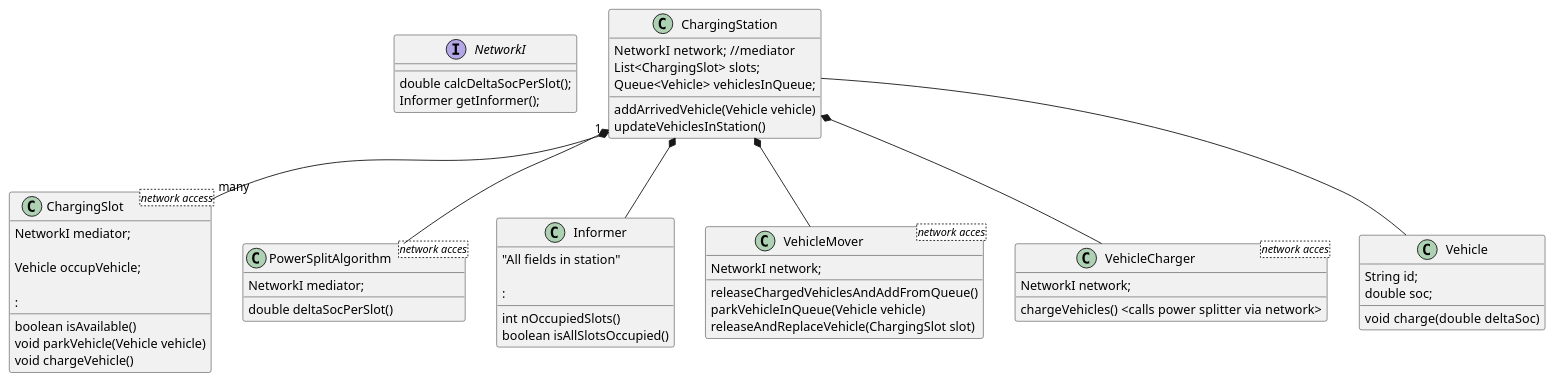
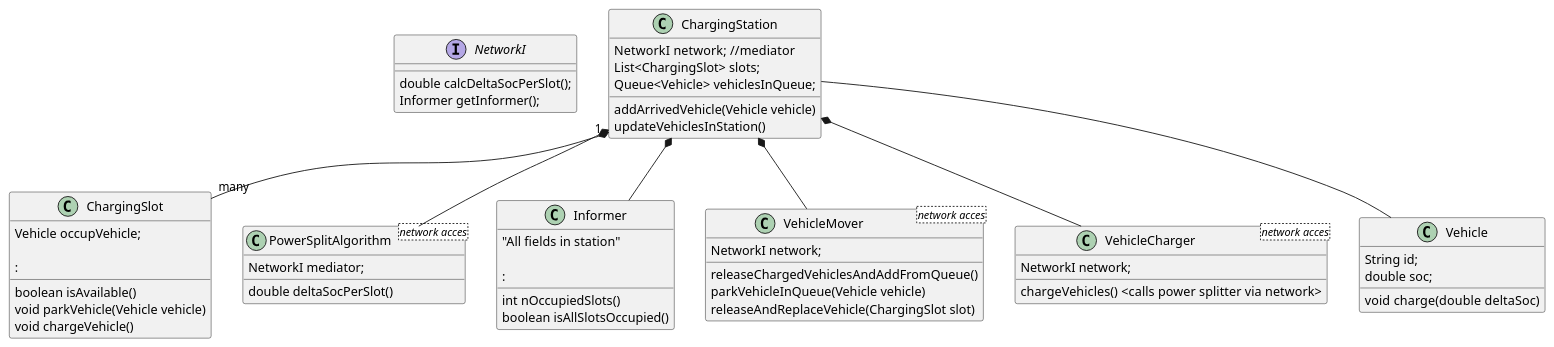
Before and after one commit to JonasHellgren/JavaBasics: the diagram in out/production/java-fundamentals/java_design_patterns/G_mediator/charging_station_network/charge.puml, drawn with PlantUML. The commit also changed 15 other files, not shown here.

```diff
--- a/out/production/java-fundamentals/java_design_patterns/G_mediator/charging_station_network/charge.puml
+++ b/out/production/java-fundamentals/java_design_patterns/G_mediator/charging_station_network/charge.puml
@@ -1,75 +1,74 @@
 @startuml
 
 
 interface NetworkI {
     double calcDeltaSocPerSlot();
     Informer getInformer();
 }
 
 class ChargingStation {
    NetworkI network;  //mediator
        List<ChargingSlot> slots;
        Queue<Vehicle> vehiclesInQueue;
 
      addArrivedVehicle(Vehicle vehicle)
      updateVehiclesInStation()
 }
 
- class ChargingSlot<network access> {
-    NetworkI mediator;
+ class ChargingSlot {
 
     Vehicle occupVehicle;
 
     boolean isAvailable()
     void parkVehicle(Vehicle vehicle)
     void chargeVehicle()
     :
 }
 
  class PowerSplitAlgorithm <network acces> {
     NetworkI mediator;
 
     double deltaSocPerSlot()
     }
 
 class Informer {
      "All fields in station"
 
      int nOccupiedSlots()
      boolean isAllSlotsOccupied()
 :
     }
 
 class VehicleMover <network acces> {
 
     NetworkI network;
 
     releaseChargedVehiclesAndAddFromQueue()
     parkVehicleInQueue(Vehicle vehicle)
     releaseAndReplaceVehicle(ChargingSlot slot)
 
     }
 
 class VehicleCharger <network acces>{
     NetworkI network;
 
     chargeVehicles()  <calls power splitter via network>
  }
 
 class Vehicle {
       String id;
       double soc;
 
       void  charge(double deltaSoc)
  }
 
 ChargingStation *-- PowerSplitAlgorithm
 ChargingStation *-- VehicleMover
 ChargingStation *-- VehicleCharger
 ChargingStation *-- Informer
 ChargingStation "1" *-d- "many" ChargingSlot
 ChargingStation -- Vehicle
 
 'PowerSplitAlgorithm  --- VehicleCharger
 
 @enduml
```
